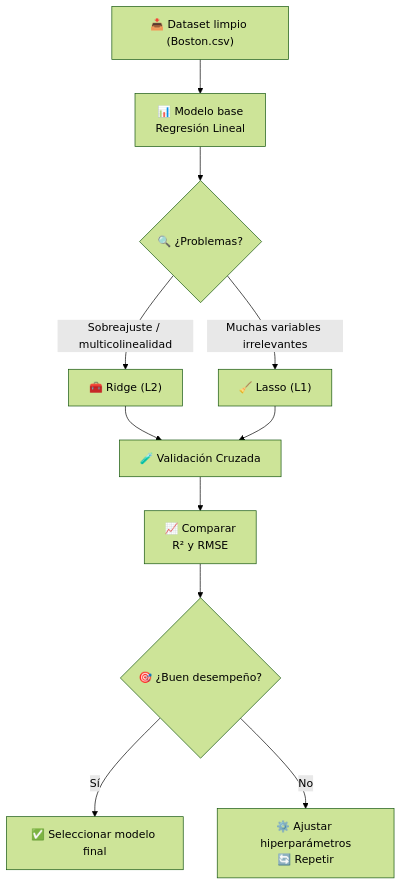
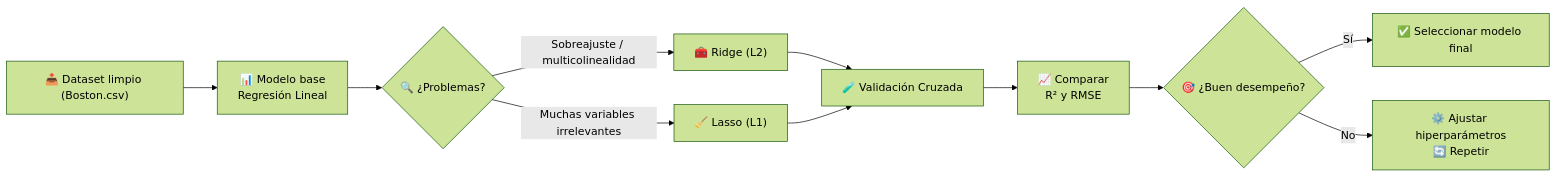
One commit to jorgeiv500/regresiones changed the diagram in Untitled-1.qmd. Above: the diagram before and after it, drawn with Mermaid (forest theme). The commit also changed other lines of this file, not shown here.

````diff
--- a/Untitled-1.qmd
+++ b/Untitled-1.qmd
@@ -120,13 +120,15 @@
 ```{mermaid}
-flowchart TD
+%%| echo: false
+%%| fig-width: 6.5%%| 
+flowchart LR
     A["📥 Dataset limpio (Boston.csv)"] --> B["📊 Modelo base\nRegresión Lineal"]
     B --> C{"🔍 ¿Problemas?"}
     C -- Sobreajuste / multicolinealidad --> D["🧰 Ridge (L2)"]
     C -- Muchas variables irrelevantes --> E["🧹 Lasso (L1)"]
     D & E --> F["🧪 Validación Cruzada"]
     F --> G["📈 Comparar\nR² y RMSE"]
     G --> H{"🎯 ¿Buen desempeño?"}
     H -- Sí --> I["✅ Seleccionar modelo final"]
     H -- No --> J["⚙️ Ajustar hiperparámetros\n🔄 Repetir"]
 
 ```
````
